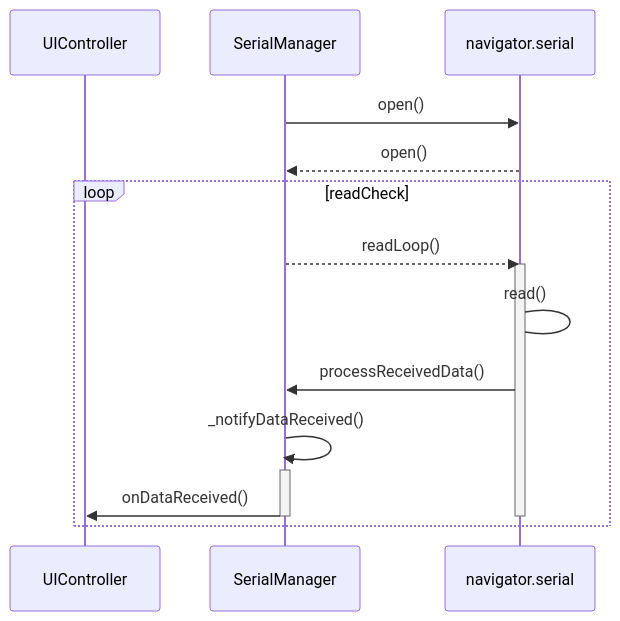
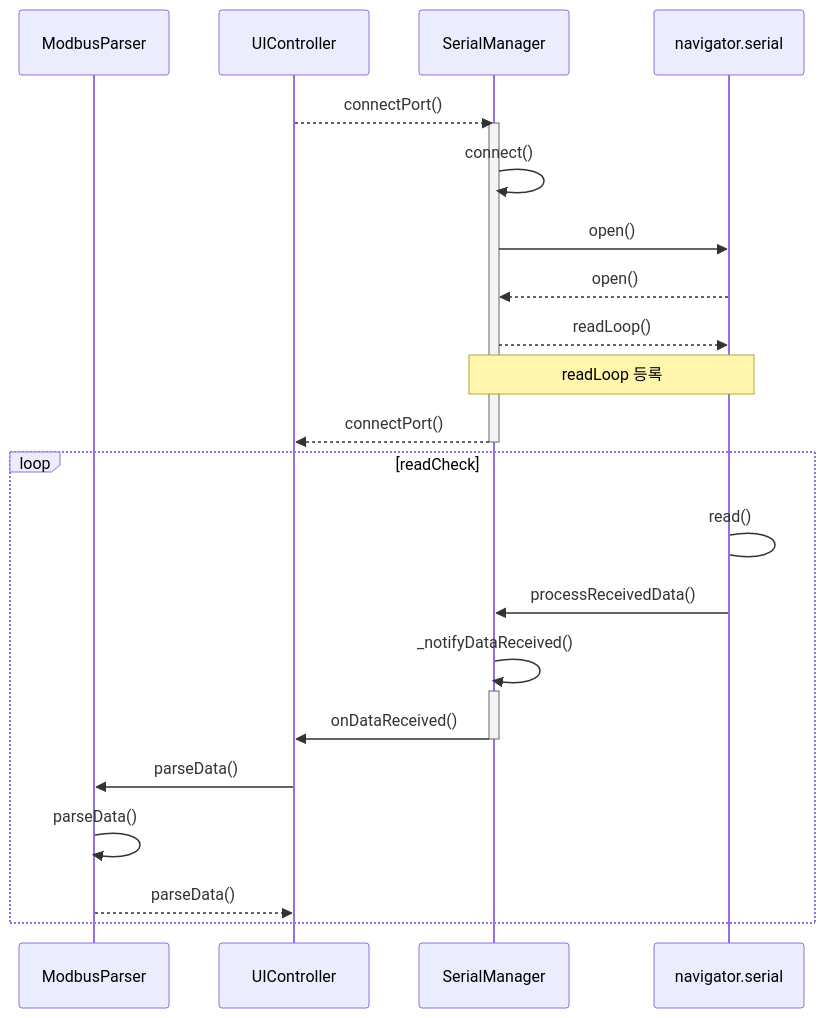
One commit to coreanq/web_serial changed the diagram in diagram/serial_read_seq.mmd. Above: the diagram before and after it, drawn with Mermaid. The commit also changed 4 other files, not shown here.

```diff
--- a/diagram/serial_read_seq.mmd
+++ b/diagram/serial_read_seq.mmd
@@ -1,17 +1,29 @@
+---
+id: e180e8f2-269b-452c-b2d9-9df026a60434
+---
 sequenceDiagram
+    participant ModbusParser
     participant UIController
     participant SerialManager
     participant navigator.serial
 
+    UIController-->>SerialManager: connectPort()
+    activate SerialManager
+    SerialManager->>SerialManager: connect()
     SerialManager->>navigator.serial: open()
     navigator.serial-->>SerialManager: open()
+    SerialManager-->>navigator.serial: readLoop()
+    note over SerialManager, navigator.serial: readLoop 등록 
+    SerialManager-->>UIController: connectPort()
+    deactivate SerialManager
 
     loop readCheck
-    SerialManager-->>navigator.serial: readLoop()
-    activate navigator.serial
     navigator.serial->navigator.serial: read()
     navigator.serial->>SerialManager: processReceivedData()
     SerialManager->>+SerialManager: _notifyDataReceived()
     SerialManager->>-UIController: onDataReceived()
-    deactivate navigator.serial
+    UIController->>ModbusParser: parseData()
+    ModbusParser->>ModbusParser: parseData()
+    ModbusParser-->>UIController: parseData()
+    
     end
```
